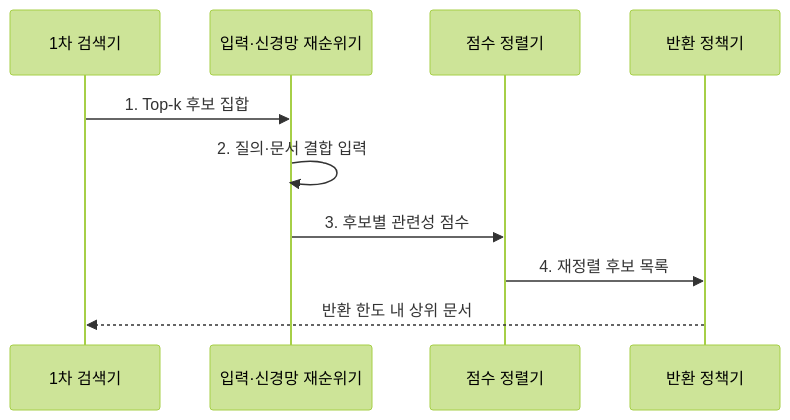
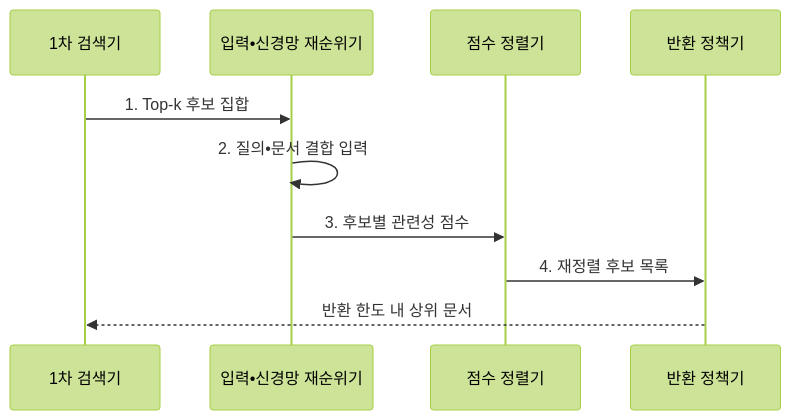
Before and after one commit to agnusdei1207/knowledge-base: the second of 2 diagrams in src/content/docs/notes/08-latest-tech/078_neural_reranker.md, drawn with Mermaid (forest theme). The commit also changed other lines of this file and 953 other files, not shown here.

````diff
--- a/src/content/docs/notes/08-latest-tech/078_neural_reranker.md
+++ b/src/content/docs/notes/08-latest-tech/078_neural_reranker.md
@@ -104,12 +104,12 @@
 ```mermaid
 sequenceDiagram
   participant R as 1차 검색기
-  participant N as 입력·신경망 재순위기
+  participant N as 입력•신경망 재순위기
   participant S as 점수 정렬기
   participant P as 반환 정책기
   R->>N: 1. Top-k 후보 집합
-  N->>N: 2. 질의·문서 결합 입력
+  N->>N: 2. 질의•문서 결합 입력
   N->>S: 3. 후보별 관련성 점수
   S->>P: 4. 재정렬 후보 목록
   P-->>R: 반환 한도 내 상위 문서
 ```
````
